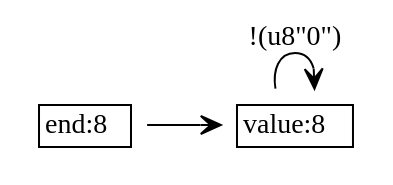
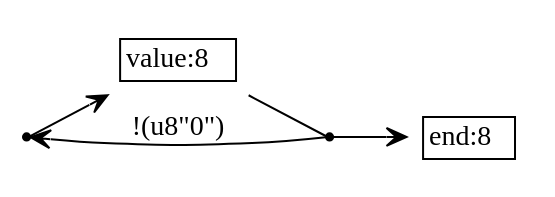
One commit to sireum/bitcodec-examples changed the diagram in src/predrepeatuntil/predrepeatuntil-spec.dot. Above: the diagram before and after it, drawn with Graphviz. The commit also changed 9 other files, not shown here.

```diff
--- a/src/predrepeatuntil/predrepeatuntil-spec.dot
+++ b/src/predrepeatuntil/predrepeatuntil-spec.dot
@@ -1,19 +1,23 @@
 digraph G {
   rankdir = LR;
   node [shape=plaintext];
   edge [arrowhead=vee];
 
-  n0 [label=<
-    <TABLE BORDER="0" CELLBORDER="1" CELLSPACING="0">
-      <TR><TD>end:8</TD></TR>
-    </TABLE>
-  >];
+  n0 [shape=point];
   n1 [label=<
     <TABLE BORDER="0" CELLBORDER="1" CELLSPACING="0">
       <TR><TD>value:8</TD></TR>
     </TABLE>
   >];
+  n2 [shape=point];
+  n3 [label=<
+    <TABLE BORDER="0" CELLBORDER="1" CELLSPACING="0">
+      <TR><TD>end:8</TD></TR>
+    </TABLE>
+  >];
 
-  n1 -> n1 [label="!(u8\"0\")"];
+  n2 -> n0 [label="!(u8\"0\")"];
   n0 -> n1;
+  n1 -> n2 [arrowhead=none];
+  n2 -> n3;
 }
```
